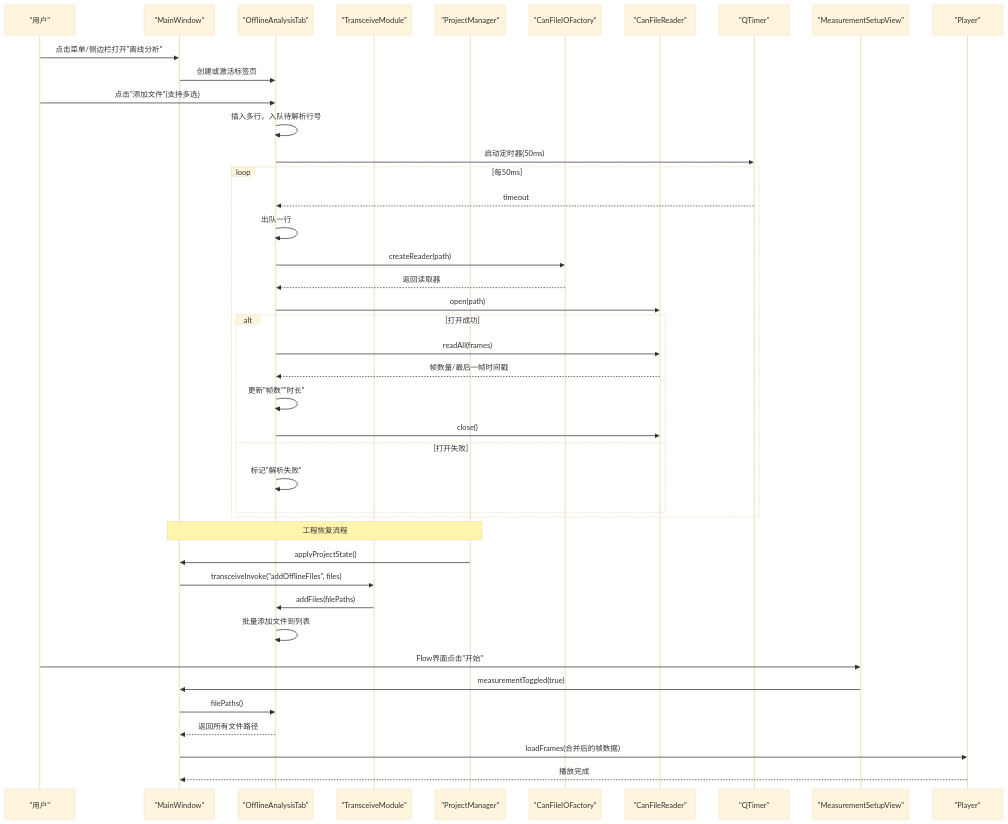
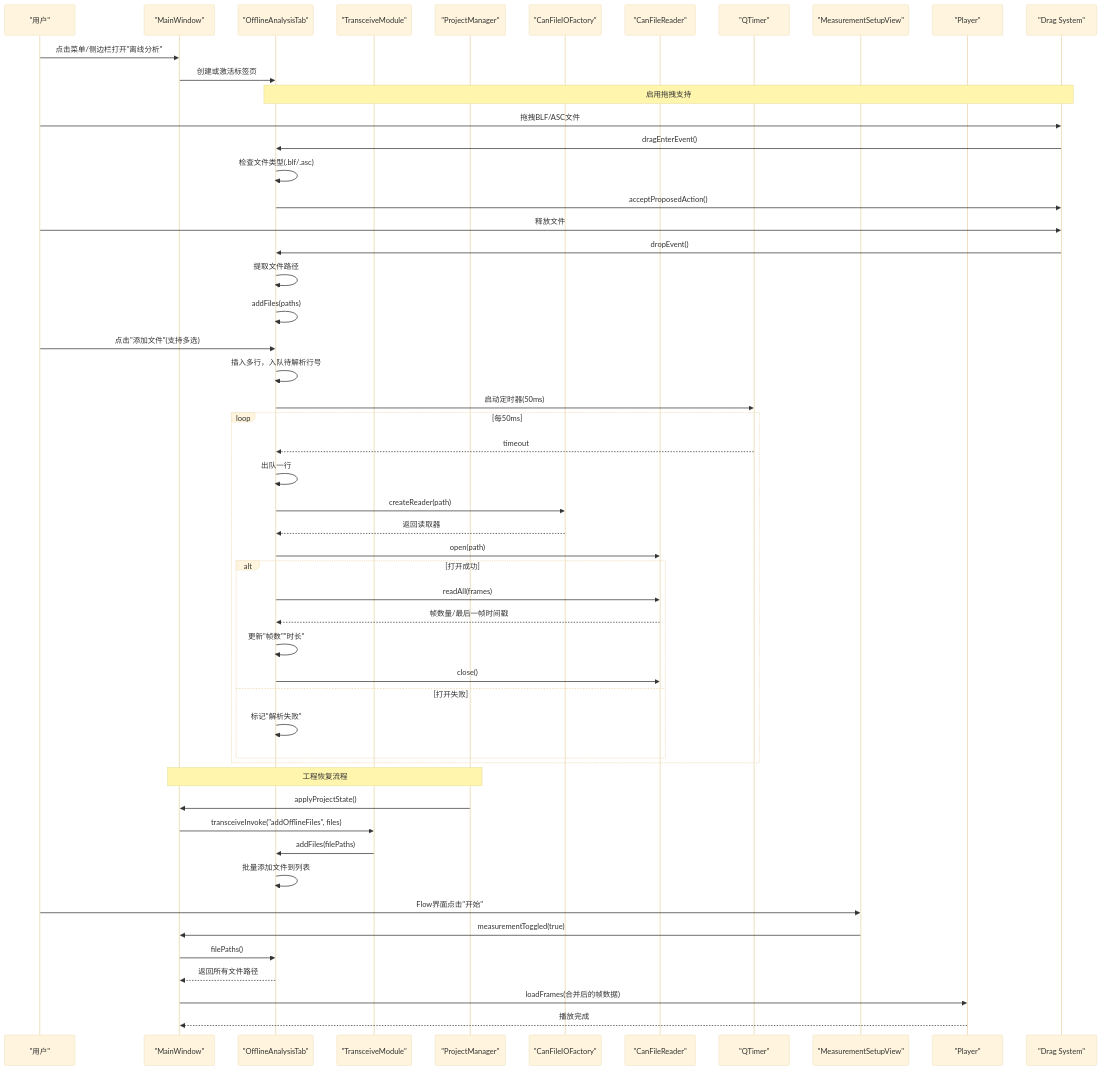
One commit to jakecai1225-design/OpenBus changed the second of 6 diagrams in .qoder/repowiki/zh/content/架构设计/UI系统设计/离线分析Tab组件.md. Above: the diagram before and after it, drawn with Mermaid (base theme). The commit also changed other lines of this file and 14 other files, not shown here.

````diff
--- a/.qoder/repowiki/zh/content/架构设计/UI系统设计/离线分析Tab组件.md
+++ b/.qoder/repowiki/zh/content/架构设计/UI系统设计/离线分析Tab组件.md
@@ -101,44 +106,54 @@
 ```mermaid
 sequenceDiagram
 participant U as "用户"
 participant M as "MainWindow"
 participant T as "OfflineAnalysisTab"
 participant TM as "TransceiveModule"
 participant PM as "ProjectManager"
 participant F as "CanFileIOFactory"
 participant R as "CanFileReader"
 participant Q as "QTimer"
 participant S as "MeasurementSetupView"
 participant P as "Player"
+participant D as "Drag System"
 U->>M : 点击菜单/侧边栏打开"离线分析"
 M->>T : 创建或激活标签页
+Note over T,D : 启用拖拽支持
+U->>D : 拖拽BLF/ASC文件
+D->>T : dragEnterEvent()
+T->>T : 检查文件类型(.blf/.asc)
+T->>D : acceptProposedAction()
+U->>D : 释放文件
+D->>T : dropEvent()
+T->>T : 提取文件路径
+T->>T : addFiles(paths)
 U->>T : 点击"添加文件"(支持多选)
 T->>T : 插入多行，入队待解析行号
 T->>Q : 启动定时器(50ms)
 loop 每50ms
 Q-->>T : timeout
 T->>T : 出队一行
 T->>F : createReader(path)
 F-->>T : 返回读取器
 T->>R : open(path)
 alt 打开成功
 T->>R : readAll(frames)
 R-->>T : 帧数量/最后一帧时间戳
 T->>T : 更新"帧数""时长"
 T->>R : close()
 else 打开失败
 T->>T : 标记"解析失败"
 end
 end
 Note over M,PM : 工程恢复流程
 PM->>M : applyProjectState()
 M->>TM : transceiveInvoke("addOfflineFiles", files)
 TM->>T : addFiles(filePaths)
 T->>T : 批量添加文件到列表
 U->>S : Flow界面点击"开始"
 S->>M : measurementToggled(true)
 M->>T : filePaths()
 T-->>M : 返回所有文件路径
 M->>P : loadFrames(合并后的帧数据)
 P-->>M : 播放完成
 ```
````
